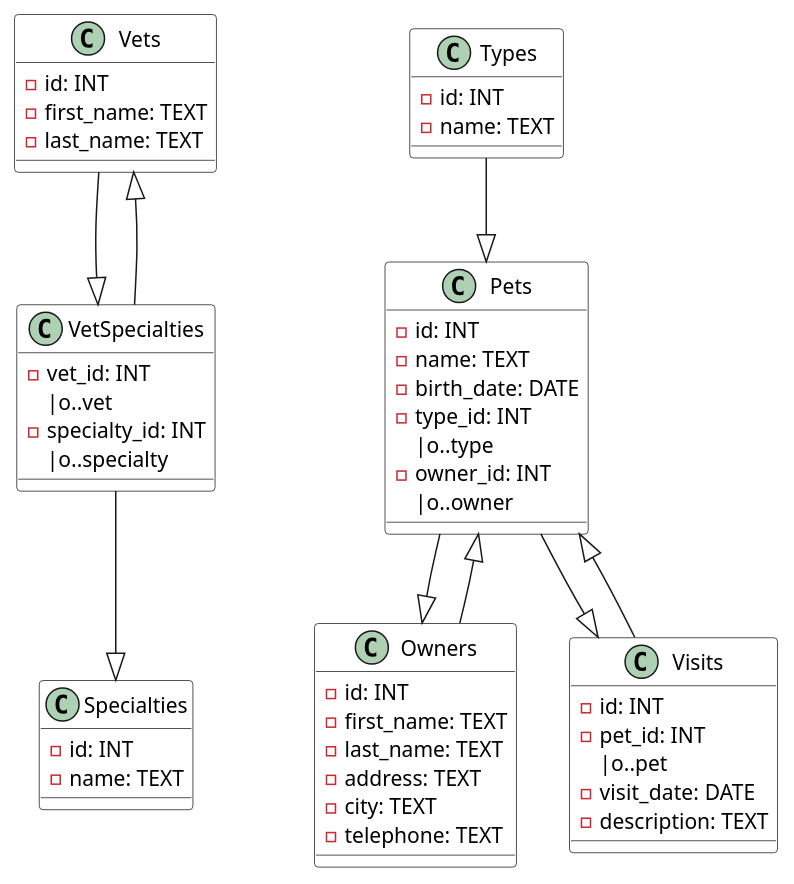
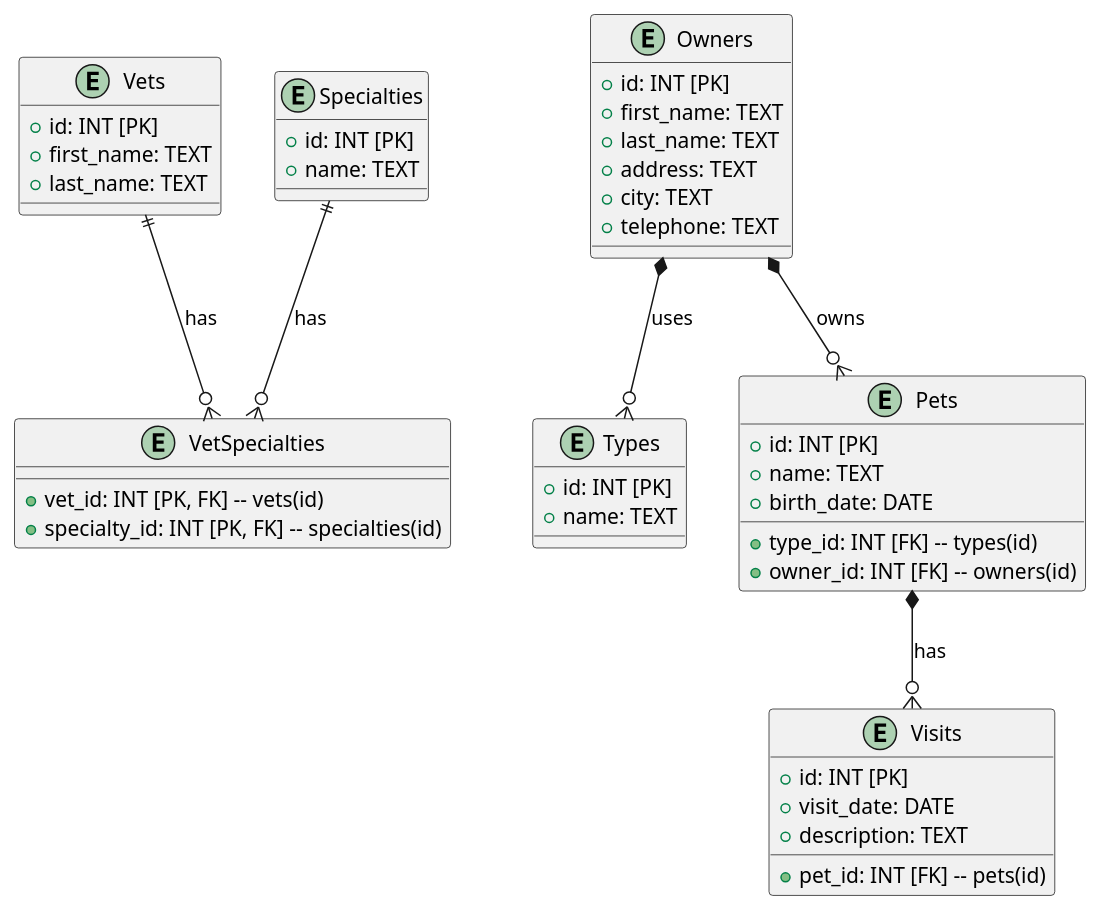
The diagram in generate-plantuml-from-sql/responses/4-db.puml (mydeveloperplanet/MyAICodingPlanet), drawn with PlantUML before and after one commit. The commit also changed 9 other files, not shown here.

Commit message:
Improve generate plantuml from sql

```diff
--- a/generate-plantuml-from-sql/responses/4-db.puml
+++ b/generate-plantuml-from-sql/responses/4-db.puml
@@ -1,67 +1,54 @@
 @startuml
-skinparam classBorderWidth 2
-skinparam classStrokeColor #666666
-skinparam classBackgroundColor white
 
-class Vets {
-  - id: INT
-  - first_name: TEXT
-  - last_name: TEXT
+entity Vets {
+  +id: INT [PK]
+  +first_name: TEXT
+  +last_name: TEXT
 }
 
-class Specialties {
-  - id: INT
-  - name: TEXT
+entity Specialties {
+  +id: INT [PK]
+  +name: TEXT
 }
 
-class VetSpecialties {
-  - vet_id: INT
-  |o..vet
-  - specialty_id: INT
-  |o..specialty
+entity VetSpecialties {
+  +vet_id: INT [PK, FK] -- vets(id)
+  +specialty_id: INT [PK, FK] -- specialties(id)
 }
 
-class Types {
-  - id: INT
-  - name: TEXT
+entity Types {
+  +id: INT [PK]
+  +name: TEXT
 }
 
-class Owners {
-  - id: INT
-  - first_name: TEXT
-  - last_name: TEXT
-  - address: TEXT
-  - city: TEXT
-  - telephone: TEXT
+entity Owners {
+  +id: INT [PK]
+  +first_name: TEXT
+  +last_name: TEXT
+  +address: TEXT
+  +city: TEXT
+  +telephone: TEXT
 }
 
-class Pets {
-  - id: INT
-  - name: TEXT
-  - birth_date: DATE
-  - type_id: INT
-  |o..type
-  - owner_id: INT
-  |o..owner
+entity Pets {
+  +id: INT [PK]
+  +name: TEXT
+  +birth_date: DATE
+  +type_id: INT [FK] -- types(id)
+  +owner_id: INT [FK] -- owners(id)
 }
 
-class Visits {
-  - id: INT
-  - pet_id: INT
-  |o..pet
-  - visit_date: DATE
-  - description: TEXT
+entity Visits {
+  +id: INT [PK]
+  +pet_id: INT [FK] -- pets(id)
+  +visit_date: DATE
+  +description: TEXT
 }
 
-Vets --|> VetSpecialties
-VetSpecialties --|> Specialties
-VetSpecialties --|> Vets
-
-Types --|> Pets
-Pets --|> Visits
-Visits --|> Pets
-
-Owners --|> Pets
-Pets --|> Owners
+Vets ||--o{ VetSpecialties : has
+Specialties ||--o{ VetSpecialties : has
+Pets *--o{ Visits : has
+Owners *--o{ Pets : owns
+Owners *--o{ Types : uses
 
 @enduml
```
